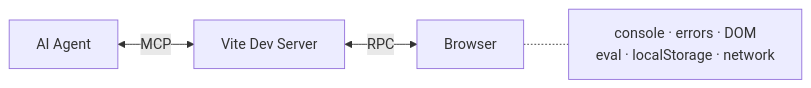
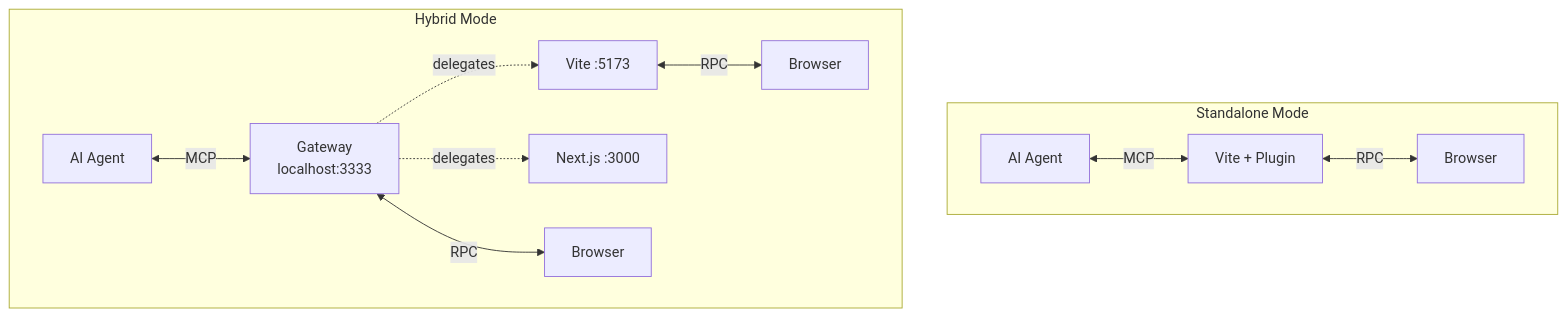
One commit to WinstonFassett/web-dev-mcp changed the diagram in README.md. Above: the diagram before and after it, drawn with Mermaid. The commit also changed other lines of this file and 2 other files, not shown here.

````diff
--- a/README.md
+++ b/README.md
@@ -5,6 +10,15 @@
 ```mermaid
-graph LR
-    Agent[AI Agent] <-->|MCP| Vite[Vite Dev Server]
-    Vite <-->|RPC| Browser[Browser]
-    Browser -.- Features[console · errors · DOM<br/>eval · localStorage · network]
+graph TB
+    subgraph "Standalone Mode"
+        A1[AI Agent] <-->|MCP| V1[Vite + Plugin]
+        V1 <-->|RPC| B1[Browser]
+    end
+
+    subgraph "Hybrid Mode"
+        A2[AI Agent] <-->|MCP| GW[Gateway<br/>localhost:3333]
+        GW -.->|delegates| V2[Vite :5173]
+        GW -.->|delegates| N2[Next.js :3000]
+        V2 <-->|RPC| B2[Browser]
+        GW <-->|RPC| B3[Browser]
+    end
 ```
````
